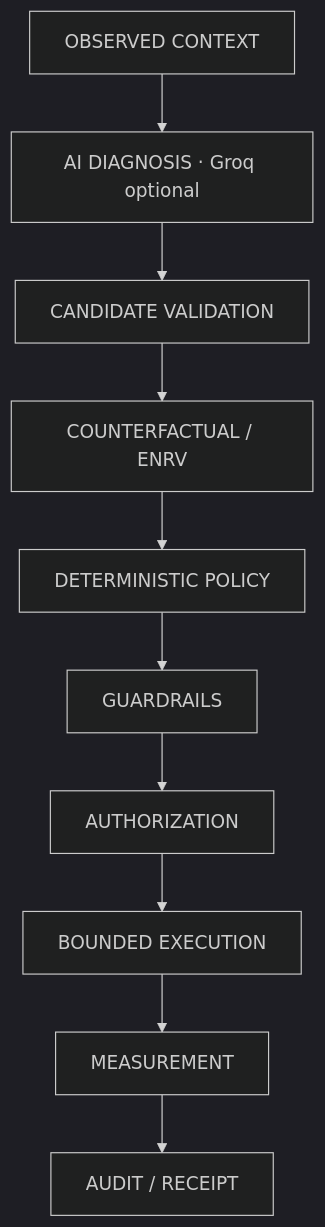
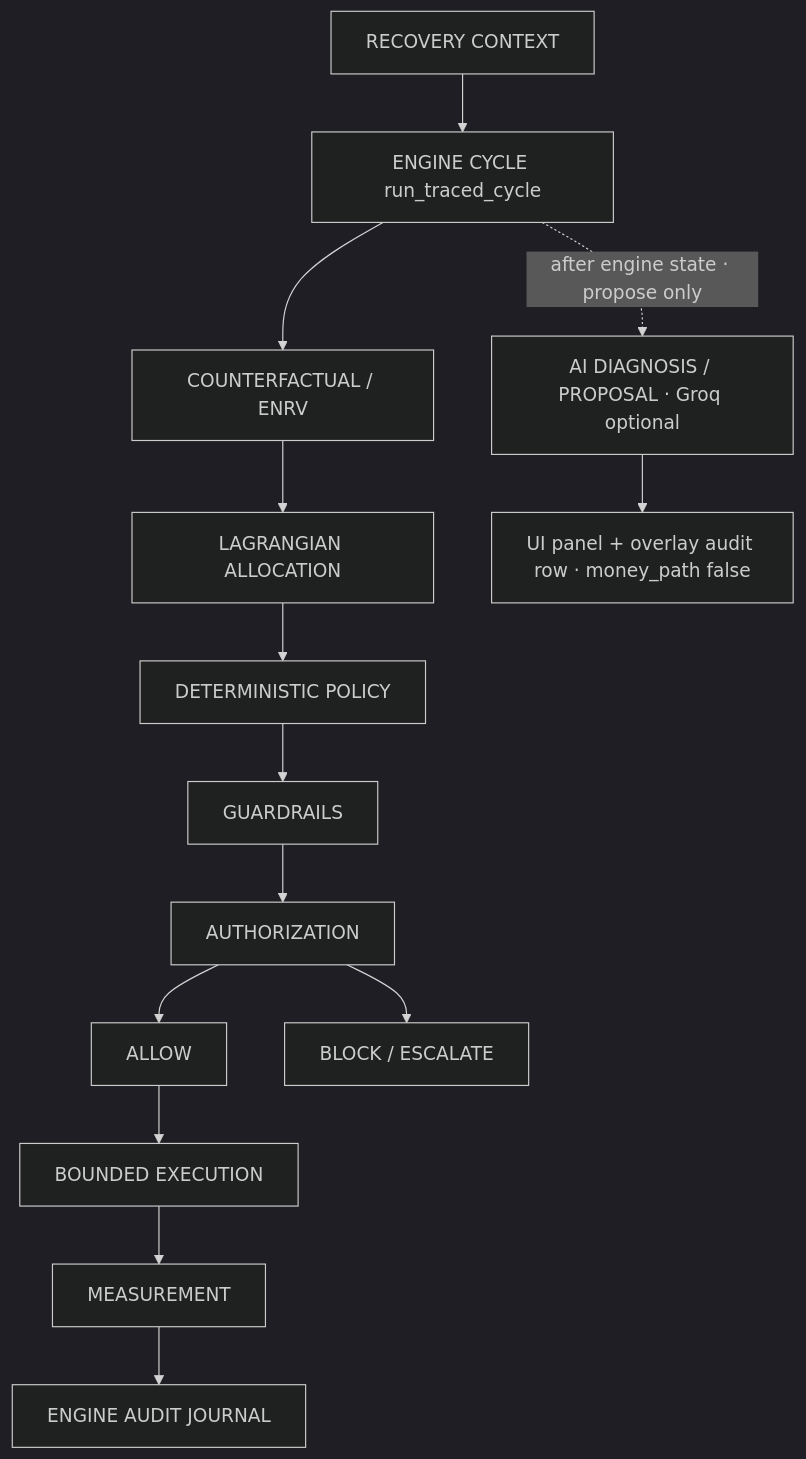
The first of 3 diagrams in docs/43-operating-architecture.md (shriansh1625/razorpay_buildathon), drawn with Mermaid (dark theme) before and after one commit. The commit also changed other lines of this file and 24 other files, not shown here.

````diff
--- a/docs/43-operating-architecture.md
+++ b/docs/43-operating-architecture.md
@@ -11,12 +50,17 @@
 ```mermaid
 flowchart TD
-  CTX[OBSERVED CONTEXT] --> AI[AI DIAGNOSIS · Groq optional]
-  AI --> CAND[CANDIDATE VALIDATION]
-  CAND --> CF[COUNTERFACTUAL / ENRV]
-  CF --> POL[DETERMINISTIC POLICY]
+  CTX[RECOVERY CONTEXT]
+  CTX --> ENG[ENGINE CYCLE run_traced_cycle]
+  ENG --> CF[COUNTERFACTUAL / ENRV]
+  CF --> ALLOC[LAGRANGIAN ALLOCATION]
+  ALLOC --> POL[DETERMINISTIC POLICY]
   POL --> GRD[GUARDRAILS]
   GRD --> AUTH[AUTHORIZATION]
-  AUTH --> EX[BOUNDED EXECUTION]
+  AUTH --> ALLOW[ALLOW]
+  AUTH --> BLOCK[BLOCK / ESCALATE]
+  ALLOW --> EX[BOUNDED EXECUTION]
   EX --> MEAS[MEASUREMENT]
-  MEAS --> AUD[AUDIT / RECEIPT]
+  MEAS --> AUD[ENGINE AUDIT JOURNAL]
+  ENG -.->|after engine state · propose only| AI[AI DIAGNOSIS / PROPOSAL · Groq optional]
+  AI --> UI[UI panel + overlay audit row · money_path false]
 ```
````
